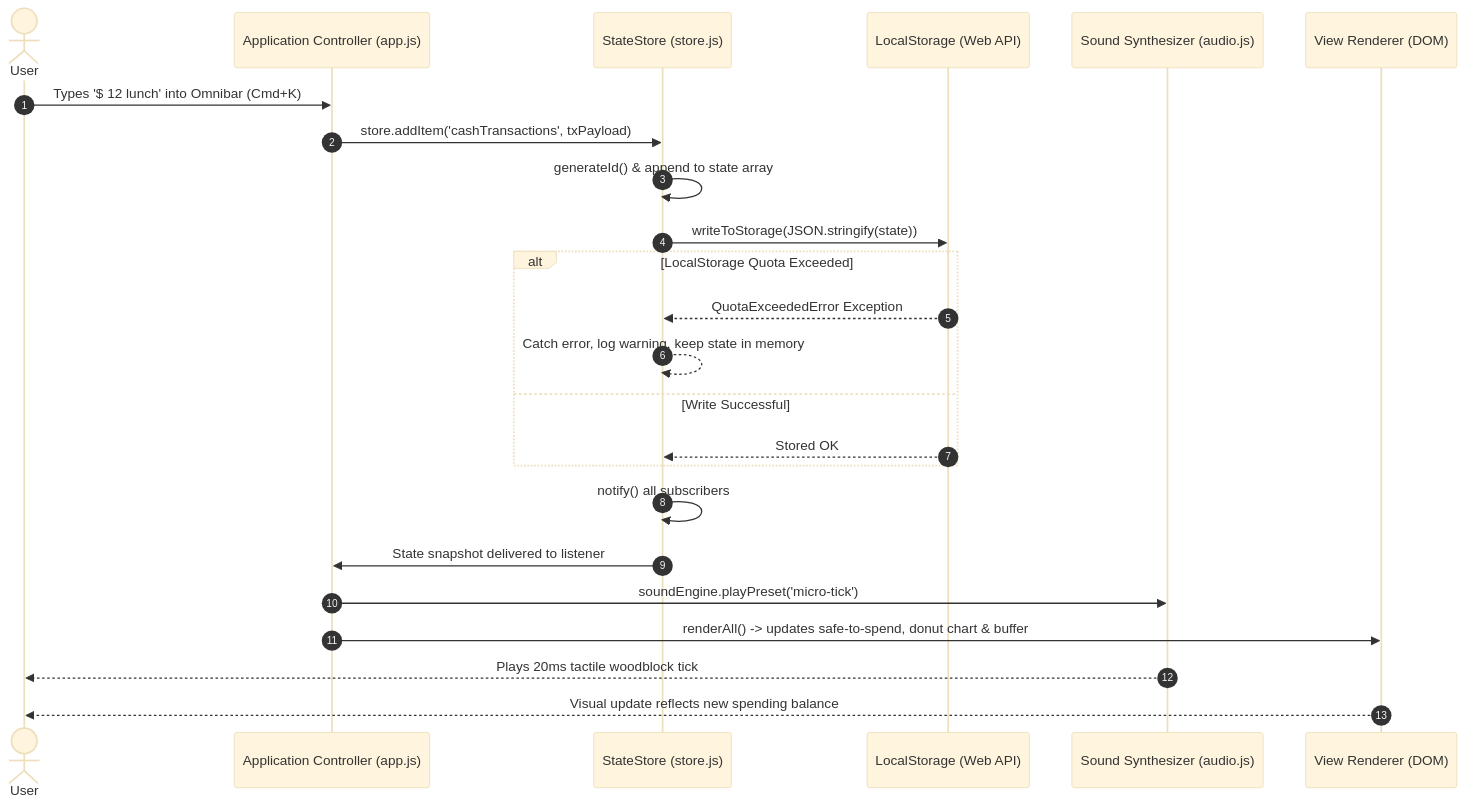
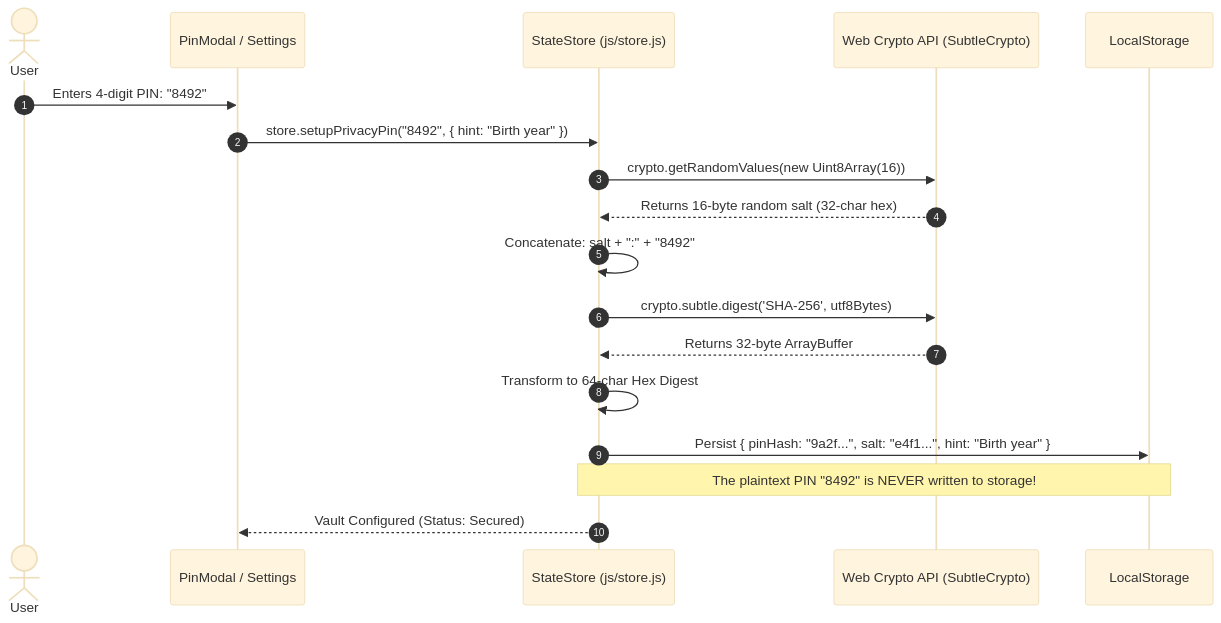
Before and after one commit to AAAAA13-sys/basta: the third of 3 diagrams in ARCHITECTURE.md, drawn with Mermaid (base theme). The commit also changed other lines of this file and 12 other files, not shown here.

Commit message:
feat(v2.1): implement Pro Max Plus (routine editor, privacy vault, balance masking, markdown journal, csv export, weekly trend archive)

````diff
--- a/ARCHITECTURE.md
+++ b/ARCHITECTURE.md
@@ -359,27 +287,21 @@
 ```mermaid
 sequenceDiagram
     autonumber
     actor User
-    participant Controller as Application Controller (app.js)
-    participant Store as StateStore (store.js)
-    participant LS as LocalStorage (Web API)
-    participant Audio as Sound Synthesizer (audio.js)
-    participant DOM as View Renderer (DOM)
+    participant UI as PinModal / Settings
+    participant Store as StateStore (js/store.js)
+    participant Crypto as Web Crypto API (SubtleCrypto)
+    participant LS as LocalStorage
 
-    User->>Controller: Types '$ 12 lunch' into Omnibar (Cmd+K)
-    Controller->>Store: store.addItem('cashTransactions', txPayload)
-    Store->>Store: generateId() & append to state array
-    Store->>LS: writeToStorage(JSON.stringify(state))
-    alt LocalStorage Quota Exceeded
-        LS-->>Store: QuotaExceededError Exception
-        Store-->>Store: Catch error, log warning, keep state in memory
-    else Write Successful
-        LS-->>Store: Stored OK
-    end
-    Store->>Store: notify() all subscribers
-    Store->>Controller: State snapshot delivered to listener
-    Controller->>Audio: soundEngine.playPreset('micro-tick')
-    Controller->>DOM: renderAll() -> updates safe-to-spend, donut chart & buffer
-    Audio-->>User: Plays 20ms tactile woodblock tick
-    DOM-->>User: Visual update reflects new spending balance
+    User->>UI: Enters 4-digit PIN: "8492"
+    UI->>Store: store.setupPrivacyPin("8492", { hint: "Birth year" })
+    Store->>Crypto: crypto.getRandomValues(new Uint8Array(16))
+    Crypto-->>Store: Returns 16-byte random salt (32-char hex)
+    Store->>Store: Concatenate: salt + ":" + "8492"
+    Store->>Crypto: crypto.subtle.digest('SHA-256', utf8Bytes)
+    Crypto-->>Store: Returns 32-byte ArrayBuffer
+    Store->>Store: Transform to 64-char Hex Digest
+    Store->>LS: Persist { pinHash: "9a2f...", salt: "e4f1...", hint: "Birth year" }
+    Note over Store,LS: The plaintext PIN "8492" is NEVER written to storage!
+    Store-->>UI: Vault Configured (Status: Secured)
 ```
````
